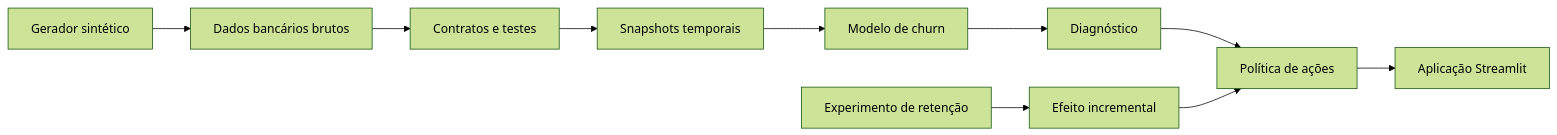
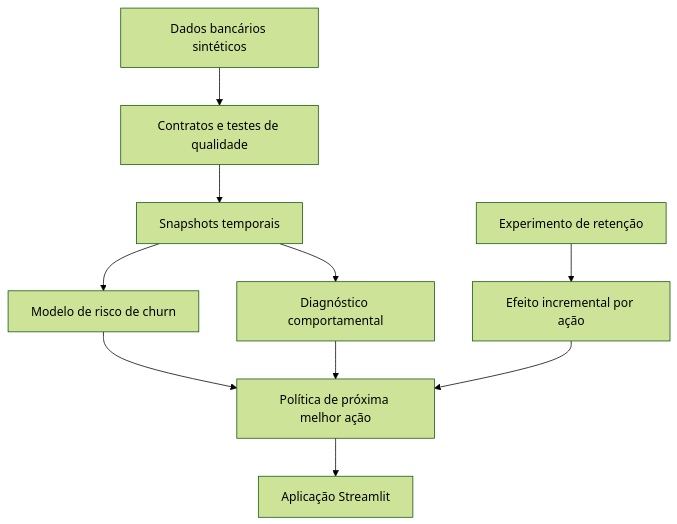
Before and after one commit to WeegorMartins/bank-retention-intelligence: the diagram in README.md, drawn with Mermaid (forest theme). The commit also changed other lines of this file and 9 other files, not shown here.

````diff
--- a/README.md
+++ b/README.md
@@ -40,12 +61,12 @@
 ```mermaid
-flowchart LR
-    A[Gerador sintético] --> B[Dados bancários brutos]
-    B --> C[Contratos e testes]
-    C --> D[Snapshots temporais]
-    D --> E[Modelo de churn]
-    E --> F[Diagnóstico]
-    G[Experimento de retenção] --> H[Efeito incremental]
-    F --> I[Política de ações]
-    H --> I
-    I --> J[Aplicação Streamlit]
+flowchart TD
+    A[Dados bancários sintéticos] --> B[Contratos e testes de qualidade]
+    B --> C[Snapshots temporais]
+    C --> D[Modelo de risco de churn]
+    C --> E[Diagnóstico comportamental]
+    F[Experimento de retenção] --> G[Efeito incremental por ação]
+    D --> H[Política de próxima melhor ação]
+    E --> H
+    G --> H
+    H --> I[Aplicação Streamlit]
 ```
````
